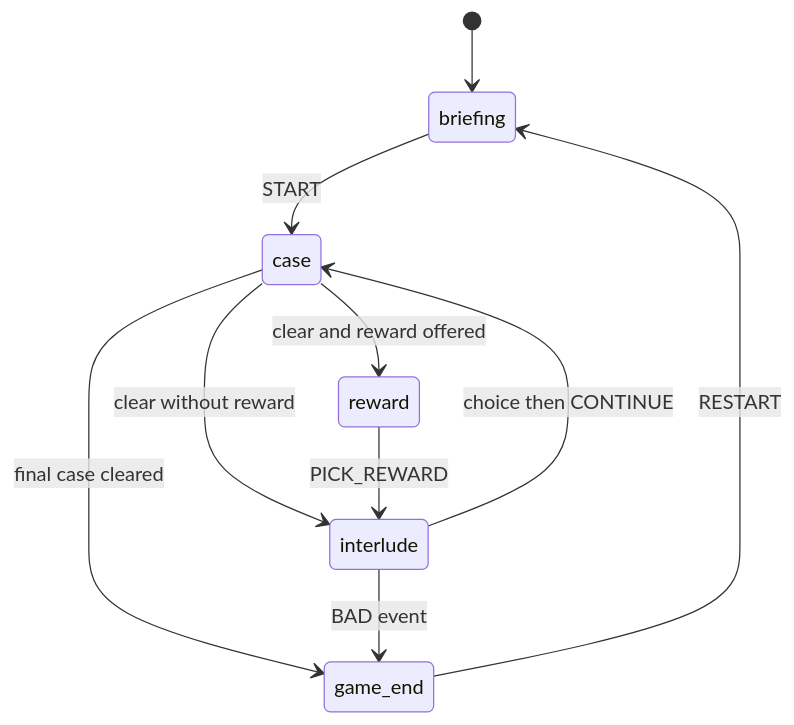
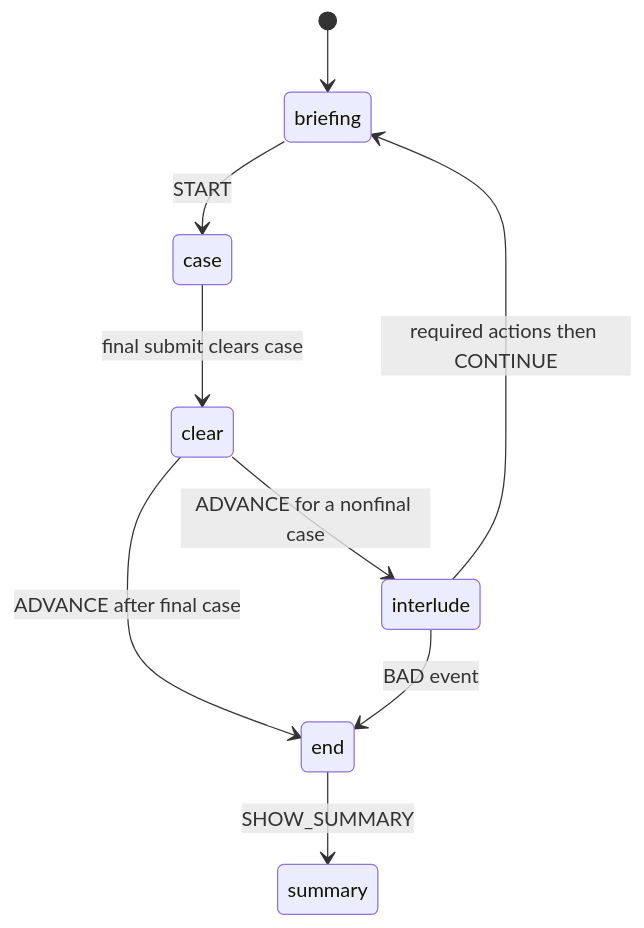
The second of 3 diagrams in openwiki/architecture/overview.md (mmdal0857/caseCollection), drawn with Mermaid before and after one commit. The commit also changed other lines of this file and 2 other files, not shown here.

Commit message:
docs: refresh OpenWiki runtime architecture

````diff
--- a/openwiki/architecture/overview.md
+++ b/openwiki/architecture/overview.md
@@ -48,12 +48,11 @@
 ```mermaid
 stateDiagram-v2
     [*] --> briefing
     briefing --> case: START
-    case --> reward: clear and reward offered
-    case --> interlude: clear without reward
-    case --> game_end: final case cleared
-    reward --> interlude: PICK_REWARD
-    interlude --> case: choice then CONTINUE
-    interlude --> game_end: BAD event
-    game_end --> briefing: RESTART
+    case --> clear: final submit clears case
+    clear --> interlude: ADVANCE for a nonfinal case
+    clear --> end: ADVANCE after final case
+    interlude --> briefing: required actions then CONTINUE
+    interlude --> end: BAD event
+    end --> summary: SHOW_SUMMARY
 ```
````
